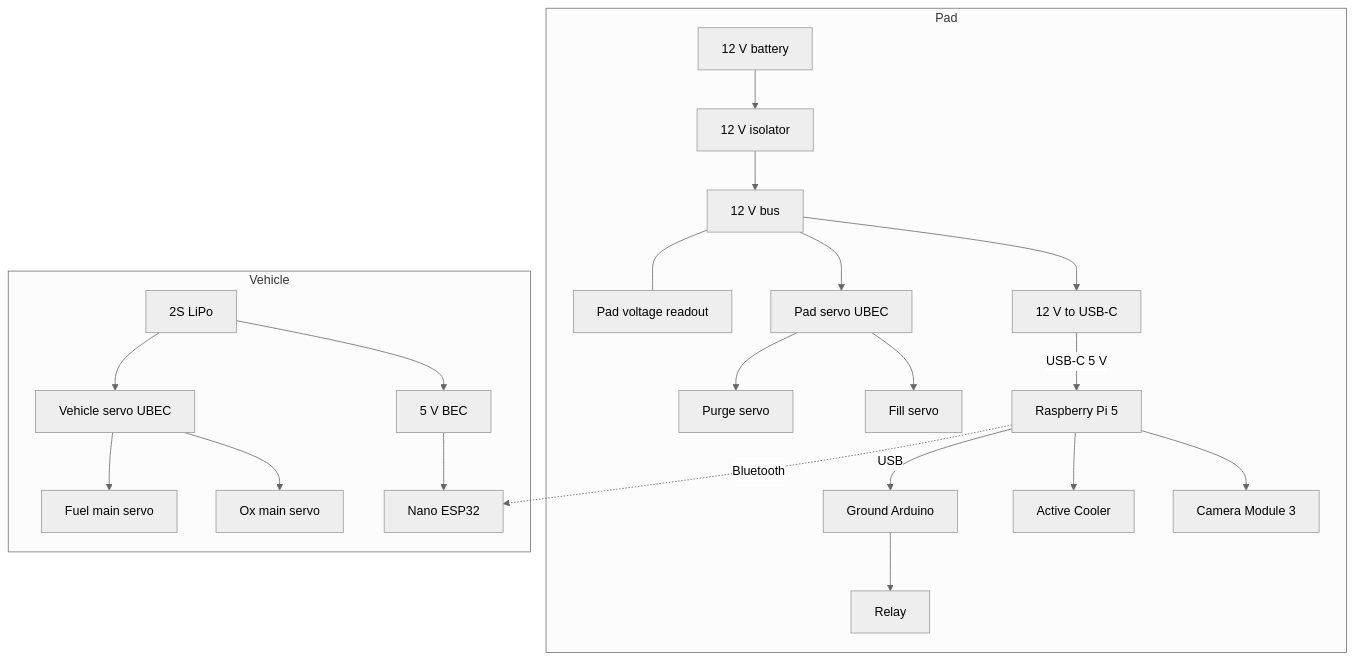
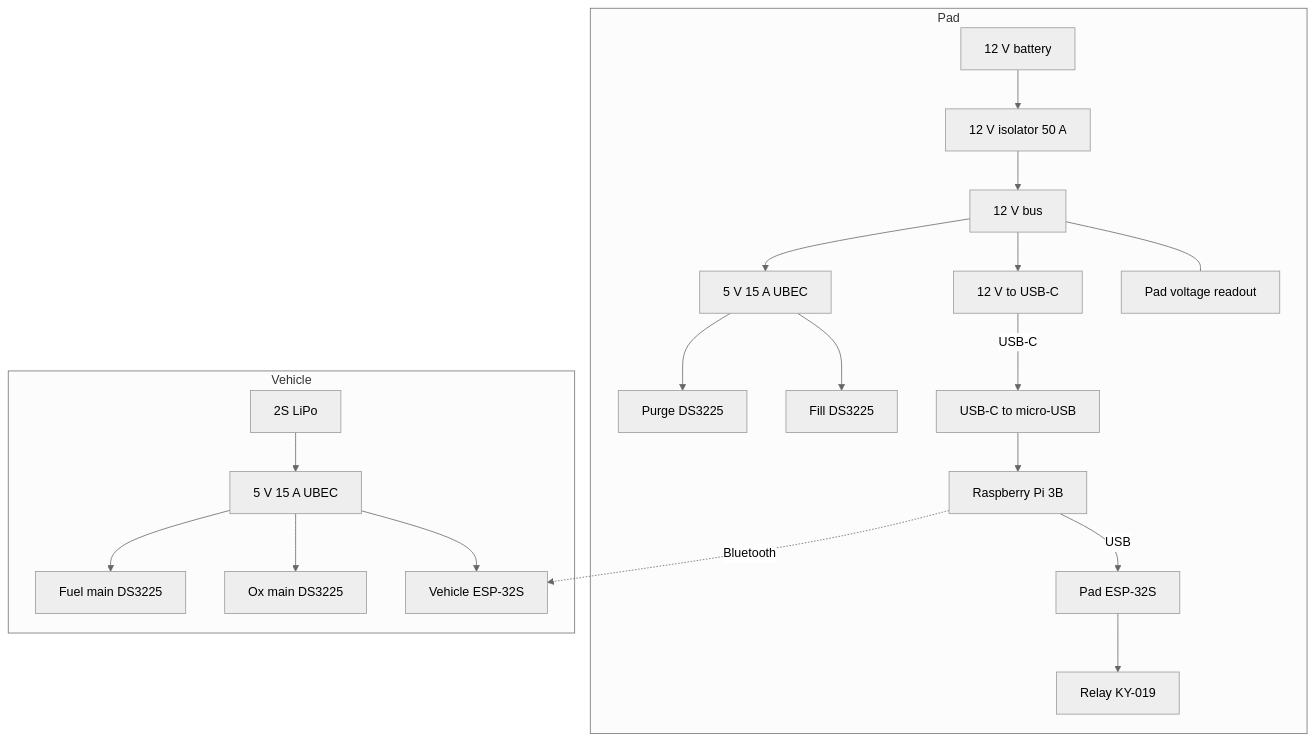
Before and after one commit to Lv-L/PistonLiquidRocket: the second of 2 diagrams in Documentation Vault/02-Design/02-Ground Support Equipment/01-GSE Overview.md, drawn with Mermaid (neutral theme). The commit also changed other lines of this file, not shown here.

Commit message:
Update the GSE electronics candidate to a Pi 3B, dual ESP-32S boards, and the current parts cart.

````diff
--- a/Documentation Vault/02-Design/02-Ground Support Equipment/01-GSE Overview.md
+++ b/Documentation Vault/02-Design/02-Ground Support Equipment/01-GSE Overview.md
@@ -23,27 +24,25 @@
 ```mermaid
 flowchart TB
     subgraph PAD[Pad]
-        B12[12 V battery] --> ISO[12 V isolator]
+        B12[12 V battery] --> ISO[12 V isolator 50 A]
         ISO --> V12[12 V bus]
+        V12 --- READ[Pad voltage readout]
         V12 --> USBPD[12 V to USB-C]
-        V12 --> PUBEC[Pad servo UBEC]
-        V12 --- READ[Pad voltage readout]
-        USBPD -->|USB-C 5 V| PI[Raspberry Pi 5]
-        PI --> CAM[Camera Module 3]
-        PI --> FAN[Active Cooler]
-        PI -->|USB| ARD[Ground Arduino]
-        ARD --> RLY[Relay]
-        PUBEC --> FILL[Fill servo]
-        PUBEC --> PURGE[Purge servo]
+        V12 --> PUBEC[5 V 15 A UBEC]
+        USBPD -->|USB-C| CABLE[USB-C to micro-USB]
+        CABLE --> PI[Raspberry Pi 3B]
+        PI -->|USB| PADMCU[Pad ESP-32S]
+        PADMCU --> RLY[Relay KY-019]
+        PUBEC --> FILL[Fill DS3225]
+        PUBEC --> PURGE[Purge DS3225]
     end
 
     subgraph VEH[Vehicle]
-        B2S[2S LiPo] --> ESPBEC[5 V BEC]
-        B2S --> VUBEC[Vehicle servo UBEC]
-        ESPBEC --> ESP[Nano ESP32]
-        VUBEC --> OX[Ox main servo]
-        VUBEC --> FUEL[Fuel main servo]
+        B2S[2S LiPo] --> VUBEC[5 V 15 A UBEC]
+        VUBEC --> VEHMCU[Vehicle ESP-32S]
+        VUBEC --> OX[Ox main DS3225]
+        VUBEC --> FUEL[Fuel main DS3225]
     end
 
-    PI -.->|Bluetooth| ESP
+    PI -.->|Bluetooth| VEHMCU
 ```
````
